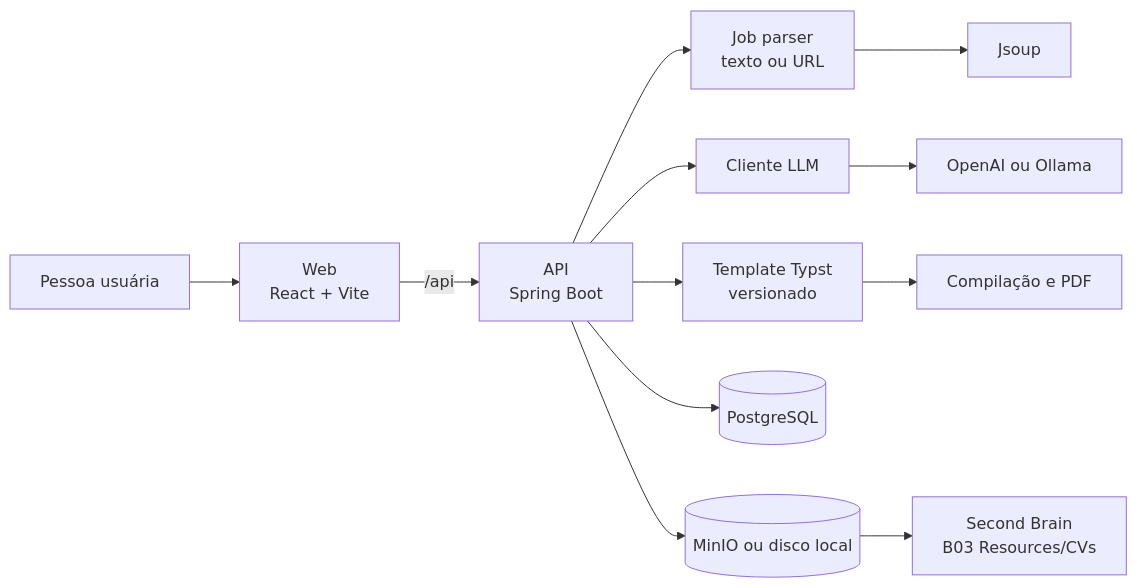
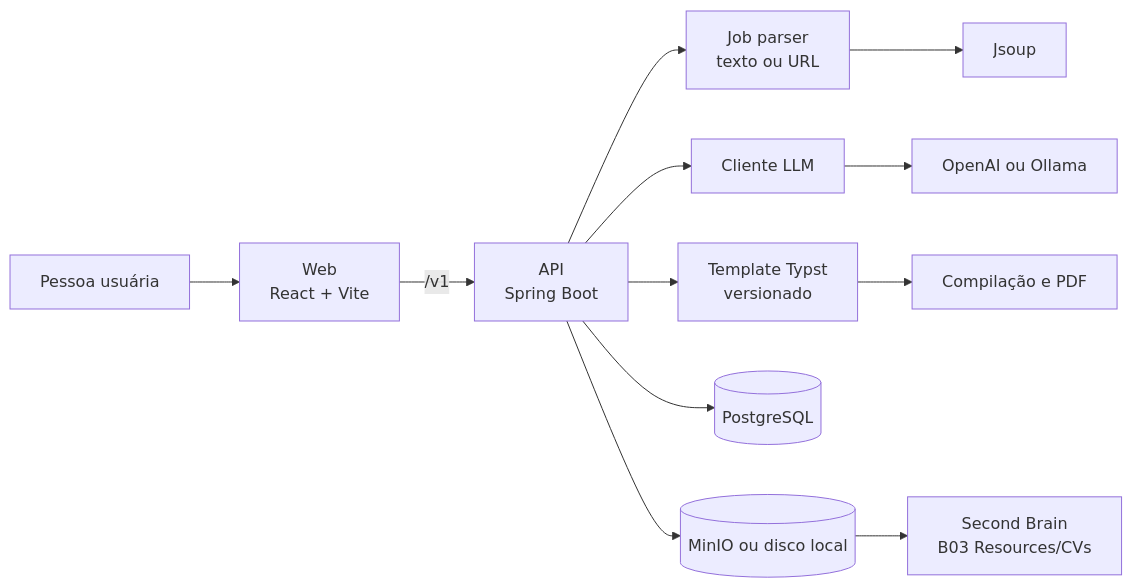
The first of 2 diagrams in README.md (EriikGabriel/tailorly), drawn with Mermaid before and after one commit. The commit also changed other lines of this file and 25 other files, not shown here.

````diff
--- a/README.md
+++ b/README.md
@@ -15,14 +15,14 @@
 ```mermaid
 flowchart LR
     User[Pessoa usuária] --> Web[Web\nReact + Vite]
-    Web -->|/api| Api[API\nSpring Boot]
+    Web -->|/v1| Api[API\nSpring Boot]
     Api --> Parser[Job parser\ntexto ou URL]
     Parser --> Jsoup[Jsoup]
     Api --> Llm[Cliente LLM]
     Llm --> Provider[OpenAI ou Ollama]
     Api --> Template[Template Typst\nversionado]
     Template --> Pdf[Compilação e PDF]
     Api --> Db[(PostgreSQL)]
     Api --> Storage[(MinIO ou disco local)]
     Storage --> Vault[Second Brain\nB03 Resources/CVs]
 ```
````
